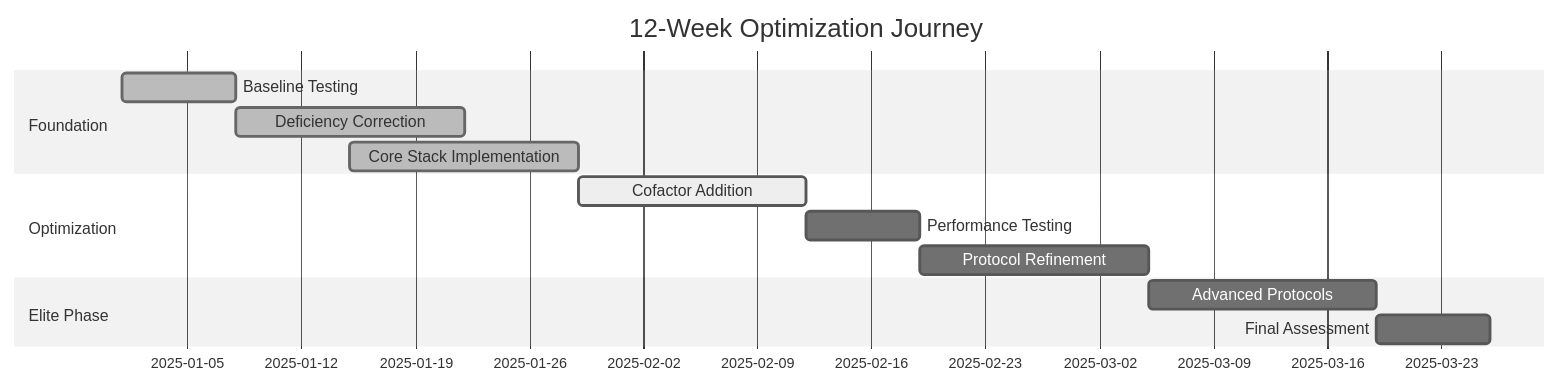
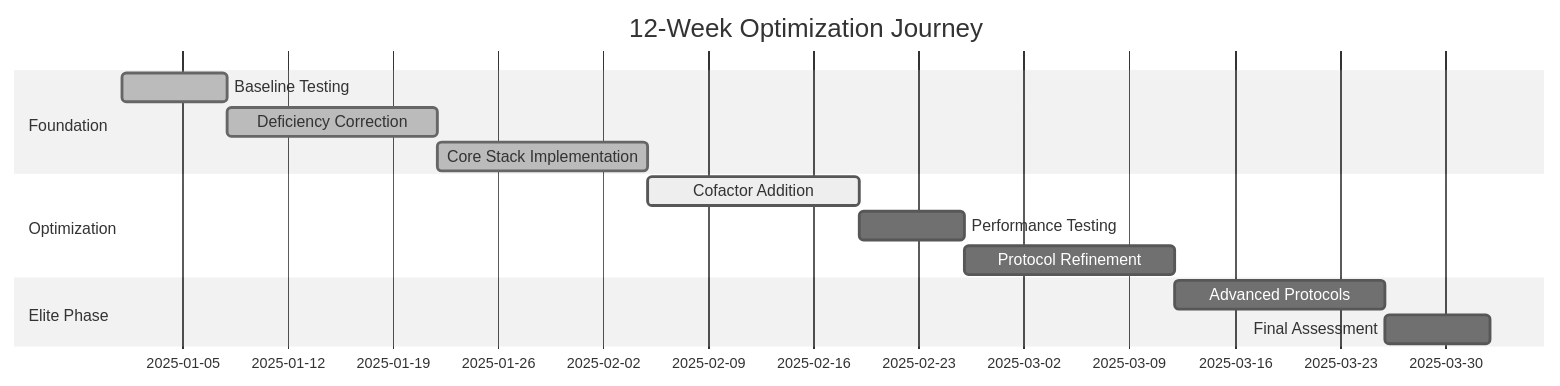
One commit to longevitycoach/StrunzKnowledge changed diagram 13 of 21 in README.md. Above: the diagram before and after it, drawn with Mermaid (neutral theme). The commit also changed other lines of this file, not shown here.

First line of the commit message:
fix: resolve mermaid parse errors and update documentation links

````diff
--- a/README.md
+++ b/README.md
@@ -782,16 +782,16 @@
 ```mermaid
 gantt
     title 12-Week Optimization Journey
     dateFormat  YYYY-MM-DD
     section Foundation
-    Baseline Testing           :done, 2025-01-01, 7d
-    Deficiency Correction      :done, 2025-01-08, 14d
-    Core Stack Implementation  :done, 2025-01-15, 14d
+    Baseline Testing           :done, task1, 2025-01-01, 7d
+    Deficiency Correction      :done, task2, after task1, 14d
+    Core Stack Implementation  :done, task3, after task2, 14d
     section Optimization
-    Cofactor Addition          :active, 2025-01-29, 14d
-    Performance Testing        :2025-02-12, 7d
-    Protocol Refinement        :2025-02-19, 14d
+    Cofactor Addition          :active, task4, after task3, 14d
+    Performance Testing        :task5, after task4, 7d
+    Protocol Refinement        :task6, after task5, 14d
     section Elite Phase
-    Advanced Protocols         :2025-03-05, 14d
-    Final Assessment          :2025-03-19, 7d
+    Advanced Protocols         :task7, after task6, 14d
+    Final Assessment          :task8, after task7, 7d
 ```
````
